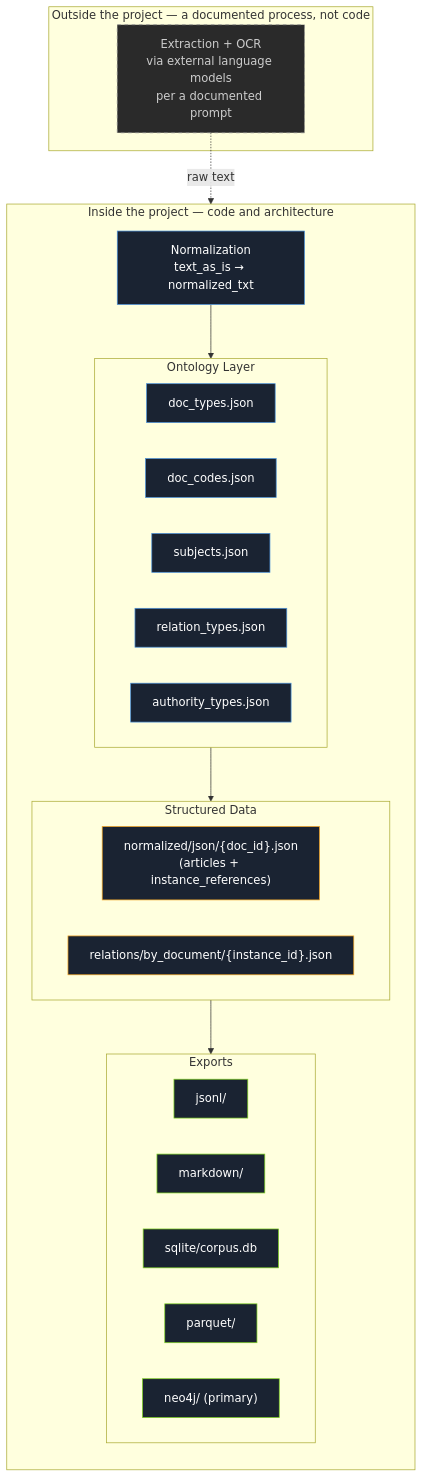
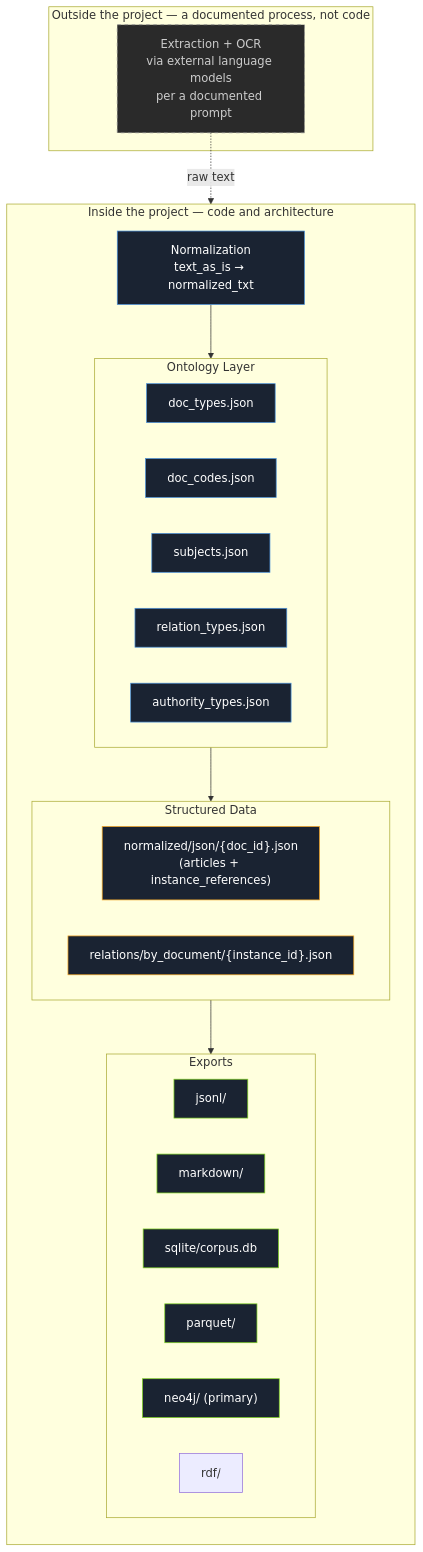
The first of 4 diagrams in README.md (heshammalek/ELKM-Egyptian-Legal-Knowledge-Model), drawn with Mermaid before and after one commit. The commit also changed other lines of this file, not shown here.

````diff
--- a/README.md
+++ b/README.md
@@ -178,56 +178,57 @@
 ```mermaid
 flowchart TB
     subgraph external ["Outside the project — a documented process, not code"]
         ocr["Extraction + OCR<br/>via external language models<br/>per a documented prompt"]
     end
 
     subgraph project ["Inside the project — code and architecture"]
         direction TB
 
         norm["Normalization<br/>text_as_is → normalized_txt"]
 
         subgraph ontology ["Ontology Layer"]
             direction LR
             ont1["doc_types.json"]
             ont2["doc_codes.json"]
             ont3["subjects.json"]
             ont4["relation_types.json"]
             ont5["authority_types.json"]
         end
 
         subgraph structured ["Structured Data"]
             direction LR
             st1["normalized/json/{doc_id}.json<br/>(articles + instance_references)"]
             st2["relations/by_document/{instance_id}.json"]
         end
 
         subgraph exports ["Exports"]
             direction LR
             exp1["jsonl/"]
             exp2["markdown/"]
             exp3["sqlite/corpus.db"]
             exp4["parquet/"]
             exp5["neo4j/ (primary)"]
+            exp6["rdf/"]
         end
     end
 
     ocr -.raw text.-> norm
     norm --> ontology
     ontology --> structured
     structured --> exports
 
     style ocr fill:#2a2a2a,stroke:#888,color:#ccc,stroke-dasharray: 5 5
     style norm fill:#1a2332,stroke:#4a90d9,color:#fff
     style ont1 fill:#1a2332,stroke:#4a90d9,color:#fff
     style ont2 fill:#1a2332,stroke:#4a90d9,color:#fff
     style ont3 fill:#1a2332,stroke:#4a90d9,color:#fff
     style ont4 fill:#1a2332,stroke:#4a90d9,color:#fff
     style ont5 fill:#1a2332,stroke:#4a90d9,color:#fff
     style st1 fill:#1a2332,stroke:#f5a623,color:#fff
     style st2 fill:#1a2332,stroke:#f5a623,color:#fff
     style exp1 fill:#1a2332,stroke:#7ed321,color:#fff
     style exp2 fill:#1a2332,stroke:#7ed321,color:#fff
     style exp3 fill:#1a2332,stroke:#7ed321,color:#fff
     style exp4 fill:#1a2332,stroke:#7ed321,color:#fff
     style exp5 fill:#1a2332,stroke:#7ed321,color:#fff
 ```
````
